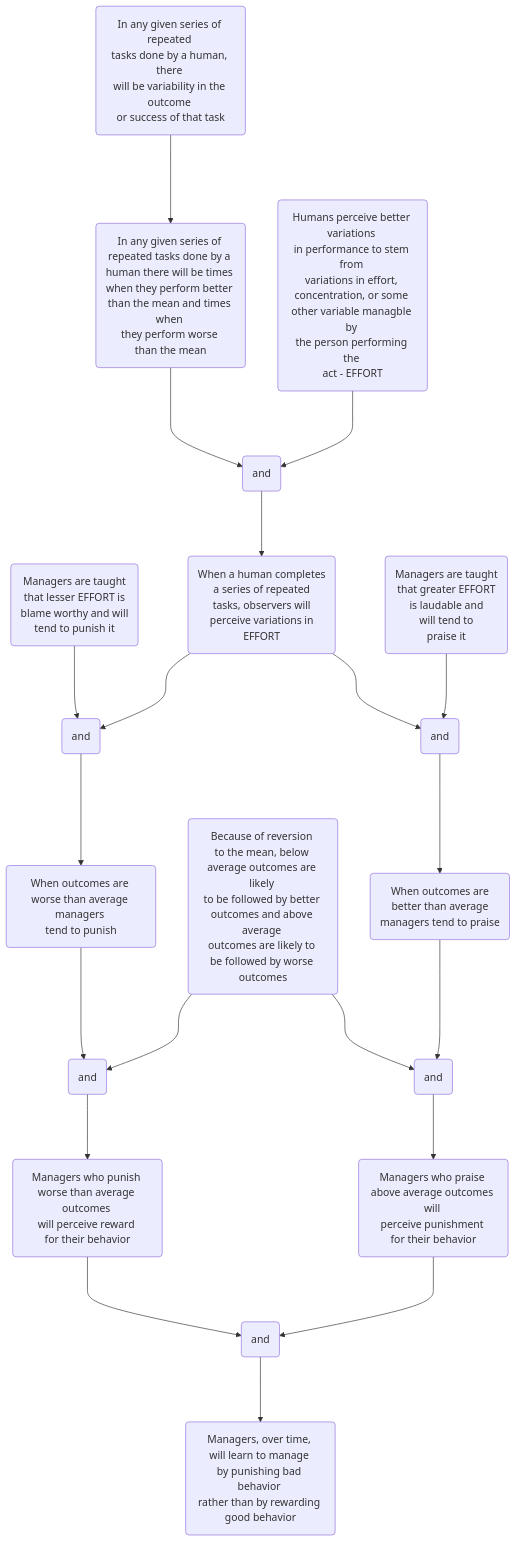
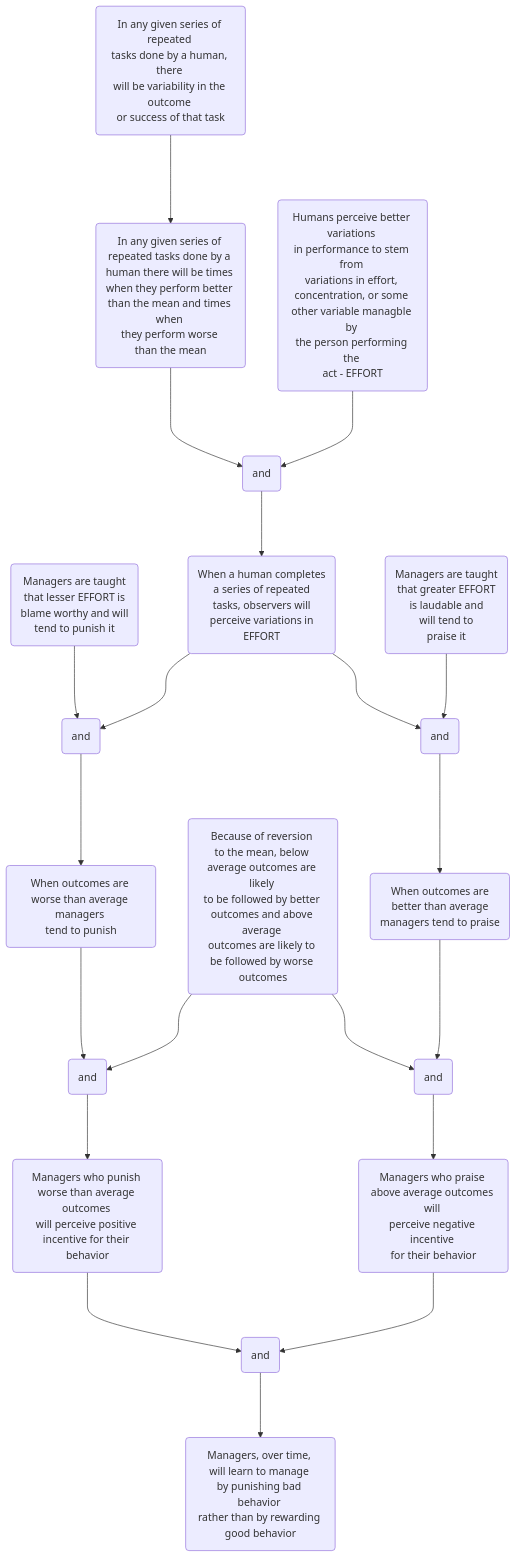
The diagram in Why_Managers_Learn_To_Manage_Negatively.md (hwetsman/TOC_Trees), drawn with Mermaid before and after one commit.

Commit message:
Refactor: change reward and punishment

`````diff
--- a/Why_Managers_Learn_To_Manage_Negatively.md
+++ b/Why_Managers_Learn_To_Manage_Negatively.md
@@ -1,41 +1,41 @@
 ```mermaid
 flowchart TB
 
 human_variability(In any given series of repeated <br>tasks done by a human, there <br>will be variability in the outcome <br>or success of that task)
 above_and_below(In any given series of <br>repeated tasks done by a <br>human there will be times <br>when they perform better <br>than the mean and times when <br>they perform worse <br>than the mean)
   human_variability--->above_and_below
 human_perception(Humans perceive better variations <br>in performance to stem from <br>variations in effort, <br>concentration, or some <br>other variable managble by <br>the person performing the <br>act - EFFORT)
   and1(and)
   above_and_below--->and1
   human_perception--->and1
   lesser_effort(Managers are taught <br>that lesser EFFORT is <br>blame worthy and will <br>tend to punish it)
   observer_perception(When a human completes <br>a series of repeated <br>tasks, observers will <br>perceive variations in <br>EFFORT)
     and1--->observer_perception
   managers_belief(Managers are taught <br>that greater EFFORT <br>is laudable and <br>will tend to <br>praise it)
     and2(and)
     and3(and)
     observer_perception--->and2
     observer_perception--->and3
       lesser_effort--->and2
       managers_belief--->and3
     worse_outcomes(When outcomes are <br>worse than average managers <br>tend to punish)
       and2--->worse_outcomes
     reversion(Because of reversion <br>to the mean, below <br>average outcomes are likely <br>to be followed by better <br>outcomes and above average <br>outcomes are likely to <br>be followed by worse outcomes)
     better_outcomes(When outcomes are <br>better than average <br>managers tend to praise)
       and3--->better_outcomes
       and4(and)
       and5(and)
         worse_outcomes--->and4
         reversion--->and4
         reversion--->and5
         better_outcomes--->and5
-      managers_punish(Managers who punish <br>worse than average outcomes <br>will perceive reward <br>for their behavior)
+      managers_punish(Managers who punish <br>worse than average outcomes <br>will perceive positive <br>incentive for their <br>behavior)
         and4--->managers_punish
-      managers_praise(Managers who praise <br>above average outcomes will <br>perceive punishment <br>for their behavior)
+      managers_praise(Managers who praise <br>above average outcomes will <br>perceive negative incentive <br>for their behavior)
         and5--->managers_praise
         and6(and)
           managers_punish--->and6
           managers_praise--->and6
         managers_over_time(Managers, over time, <br>will learn to manage <br>by punishing bad behavior <br>rather than by rewarding <br>good behavior)
           and6--->managers_over_time
 ````
`````
